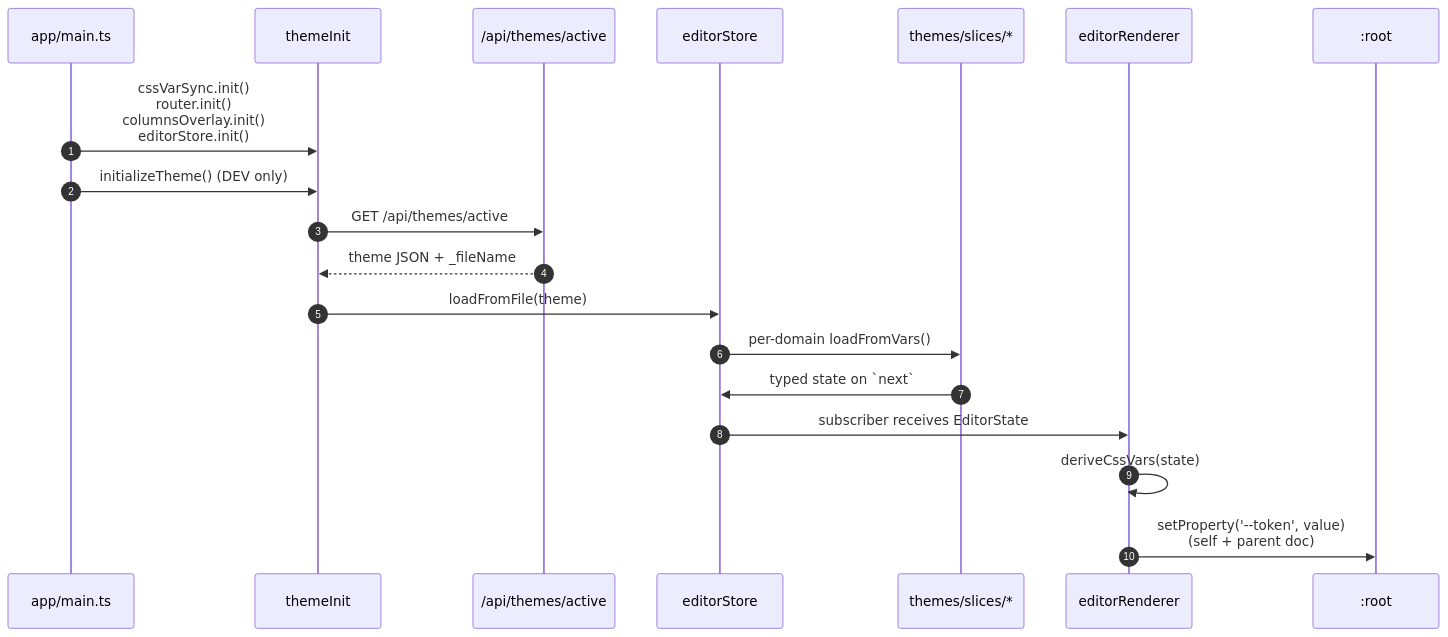
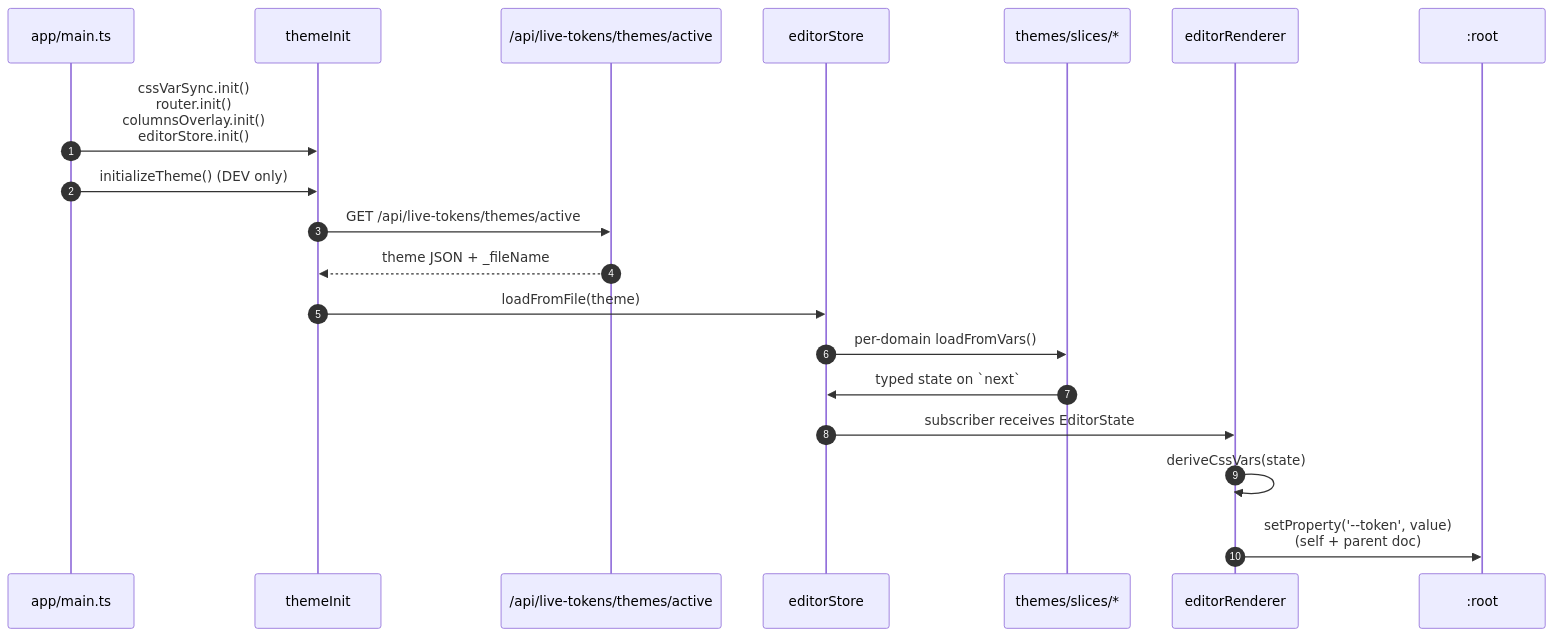
The second of 6 diagrams in docs/02-architecture.md (motionproto/live-tokens), drawn with Mermaid before and after one commit. The commit also changed other lines of this file and 30 other files, not shown here.

````diff
--- a/docs/02-architecture.md
+++ b/docs/02-architecture.md
@@ -92,22 +96,22 @@
 ```mermaid
 sequenceDiagram
     autonumber
     participant Boot as app/main.ts
     participant Init as themeInit
-    participant API as /api/themes/active
+    participant API as /api/live-tokens/themes/active
     participant Store as editorStore
     participant Slices as themes/slices/*
     participant Render as editorRenderer
     participant DOM as :root
 
     Boot->>Init: cssVarSync.init()<br/>router.init()<br/>columnsOverlay.init()<br/>editorStore.init()
     Boot->>Init: initializeTheme() (DEV only)
-    Init->>API: GET /api/themes/active
+    Init->>API: GET /api/live-tokens/themes/active
     API-->>Init: theme JSON + _fileName
     Init->>Store: loadFromFile(theme)
     Store->>Slices: per-domain loadFromVars()
     Slices->>Store: typed state on `next`
     Store->>Render: subscriber receives EditorState
     Render->>Render: deriveCssVars(state)
     Render->>DOM: setProperty('--token', value)<br/>(self + parent doc)
 ```
````
